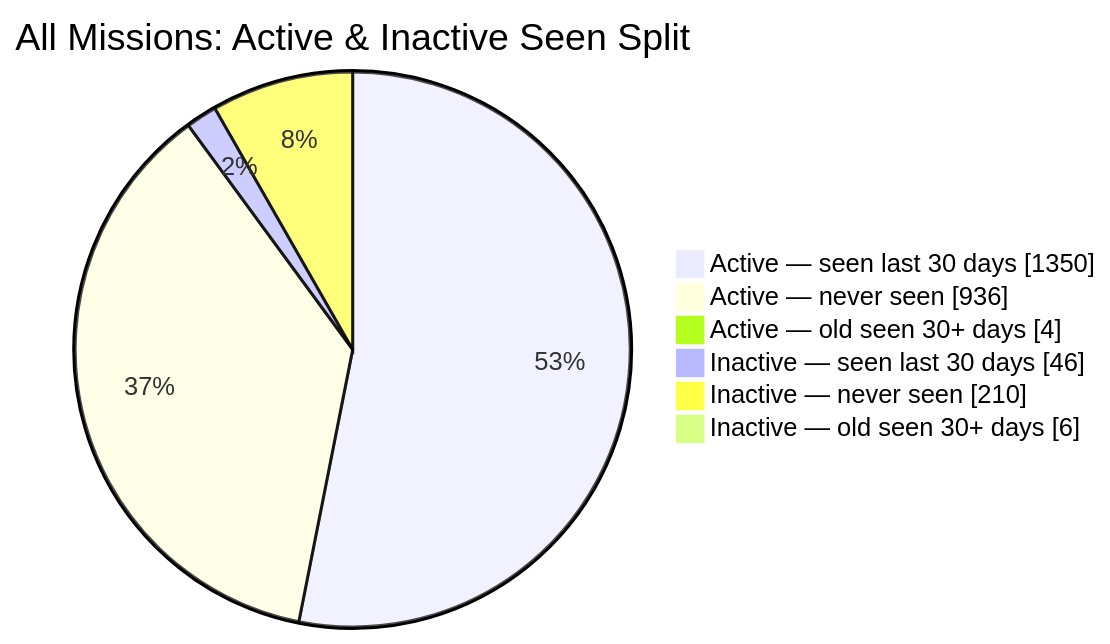
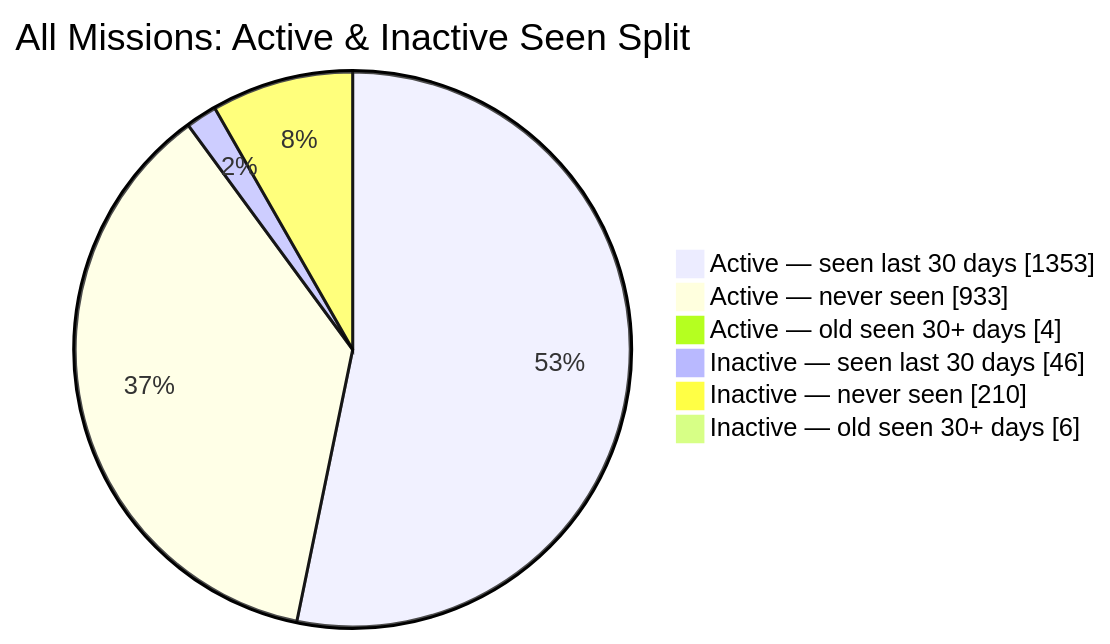
One commit to MeldkamerspelGameTeam/active-missions changed the second of 2 diagrams in README.md. Above: the diagram before and after it, drawn with Mermaid. The commit also changed other lines of this file and 2 other files, not shown here.

````diff
--- a/README.md
+++ b/README.md
@@ -44,10 +44,10 @@
 ```mermaid
 pie showData
     title All Missions: Active & Inactive Seen Split
-    "Active — seen last 30 days" : 1350
-    "Active — never seen" : 936
+    "Active — seen last 30 days" : 1353
+    "Active — never seen" : 933
     "Active — old seen 30+ days" : 4
     "Inactive — seen last 30 days" : 46
     "Inactive — never seen" : 210
     "Inactive — old seen 30+ days" : 6
 ```
````
